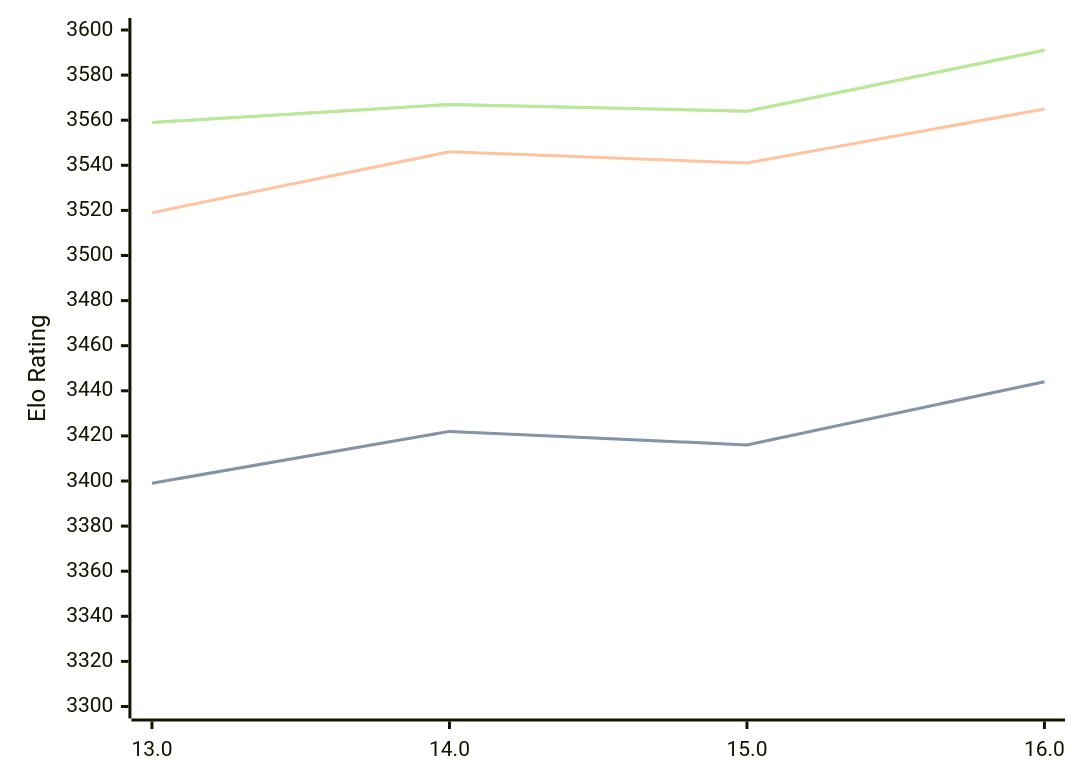
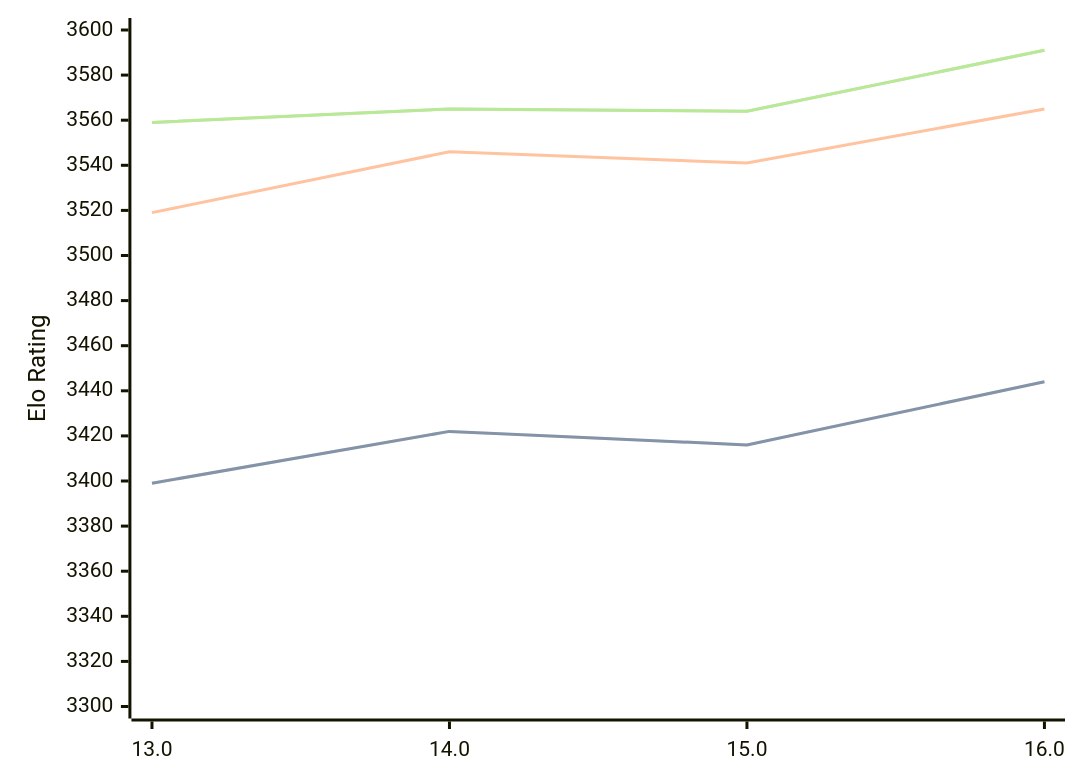
Before and after one commit to computer-chess-index/cci: the diagram in engines/Obsidian.md, drawn with Mermaid. The commit also changed other lines of this file, not shown here.

Commit message:
Update CCI Ratings (ELO VLTC) - 2026-09-21

````diff
--- a/engines/Obsidian.md
+++ b/engines/Obsidian.md
@@ -34,11 +34,11 @@
 ```mermaid
 %%{init: {"theme":"base","themeVariables":{"seriesColors:['#a3a3a3','#222221','#faa371']}}}%%
 xychart-beta
   x-axis ["13.0", "14.0", "15.0", "16.0"]
   y-axis "Elo Rating" 3300 --> 3600
   line "" [3399, 3422, 3416, 3444]
   line "STC (8.0+0.08s)" [3399, 3422, 3416, 3444]
   line "LTC (60.0+0.60s)" [3519, 3546, 3541, 3565]
-  line "" [3559, 3567, 3564, 3591]
-  line "VLTC (2m24s+1.12s)" [3559, 3567, 3564, 3591]
+  line "" [3559, 3565, 3564, 3591]
+  line "VLTC (2m24s+1.12s)" [3559, 3565, 3564, 3591]
 ```
````
